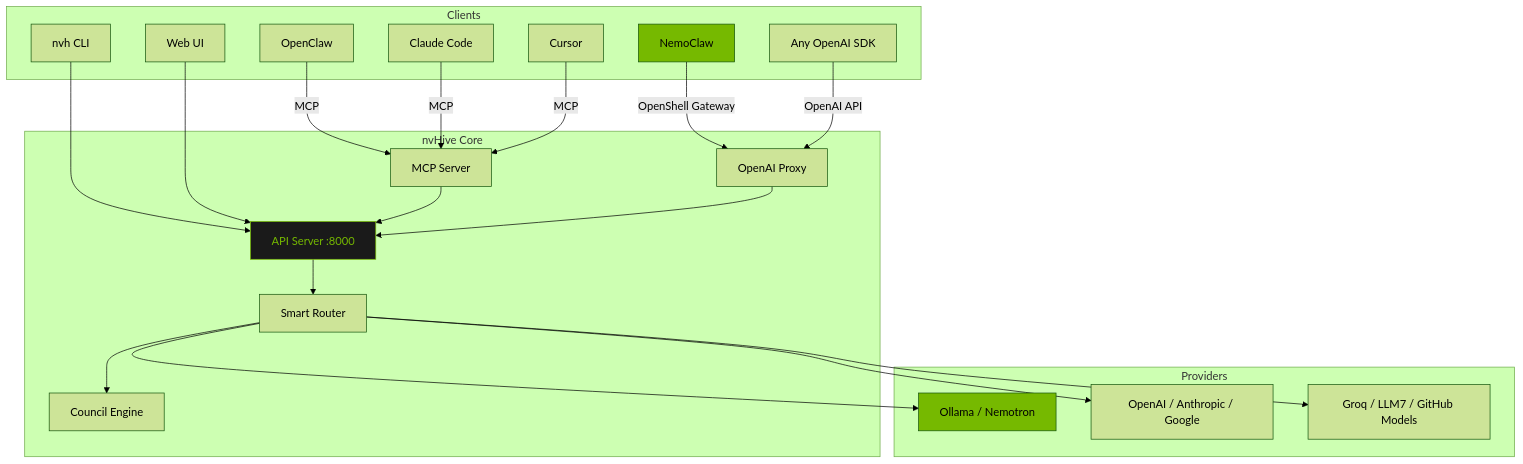
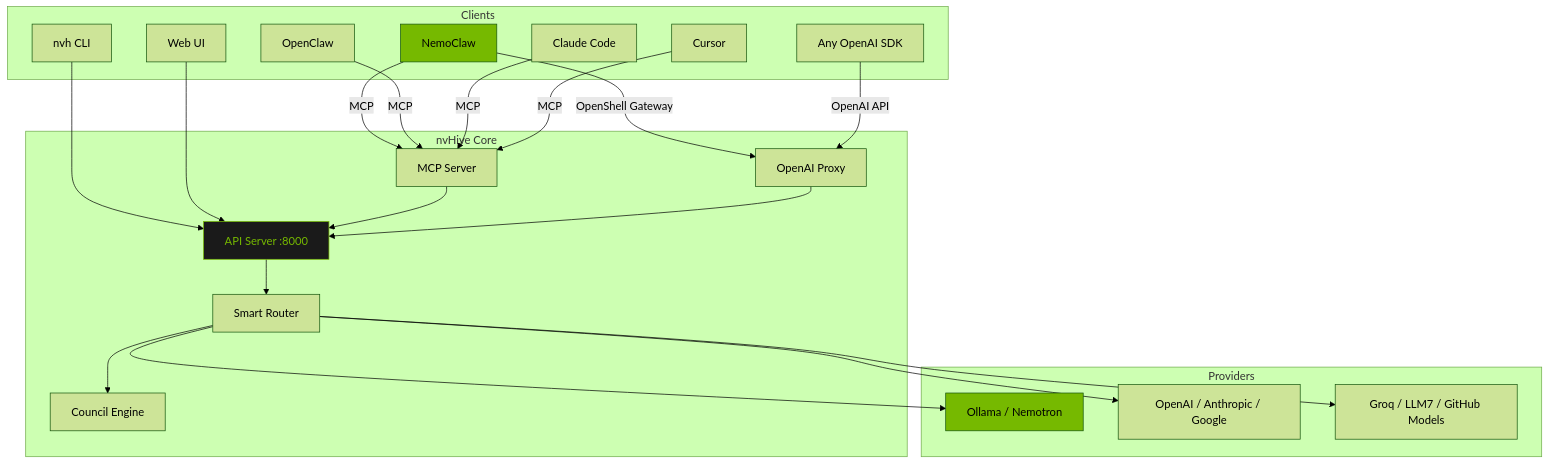
The fourth of 4 diagrams in README.md (thatcooperguy/nvHive), drawn with Mermaid (forest theme) before and after one commit. The commit also changed other lines of this file and 1 other file, not shown here.

First line of the commit message:
Update diagrams for NemoClaw dual integration (inference + MCP)

````diff
--- a/README.md
+++ b/README.md
@@ -188,44 +197,45 @@
 ```mermaid
 graph TB
     subgraph Clients
         CLI[nvh CLI]
         WEB[Web UI]
         NC[NemoClaw]
         OC[OpenClaw]
         CC[Claude Code]
         CU[Cursor]
         SDK[Any OpenAI SDK]
     end
     subgraph "nvHive Core"
         API[API Server :8000]
         MCP[MCP Server]
         PROXY[OpenAI Proxy]
         ROUTER[Smart Router]
         COUNCIL[Council Engine]
     end
     subgraph Providers
         LOCAL[Ollama / Nemotron]
         CLOUD[OpenAI / Anthropic / Google]
         FREE[Groq / LLM7 / GitHub Models]
     end
 
     CLI --> API
     WEB --> API
     NC -->|OpenShell Gateway| PROXY
+    NC -->|MCP| MCP
     OC -->|MCP| MCP
     CC -->|MCP| MCP
     CU -->|MCP| MCP
     SDK -->|OpenAI API| PROXY
 
     MCP --> API
     PROXY --> API
     API --> ROUTER
     ROUTER --> COUNCIL
     ROUTER --> LOCAL
     ROUTER --> CLOUD
     ROUTER --> FREE
 
     style LOCAL fill:#76B900,color:#000
     style NC fill:#76B900,color:#000
     style API fill:#1a1a1a,color:#76B900,stroke:#76B900
 ```
````
